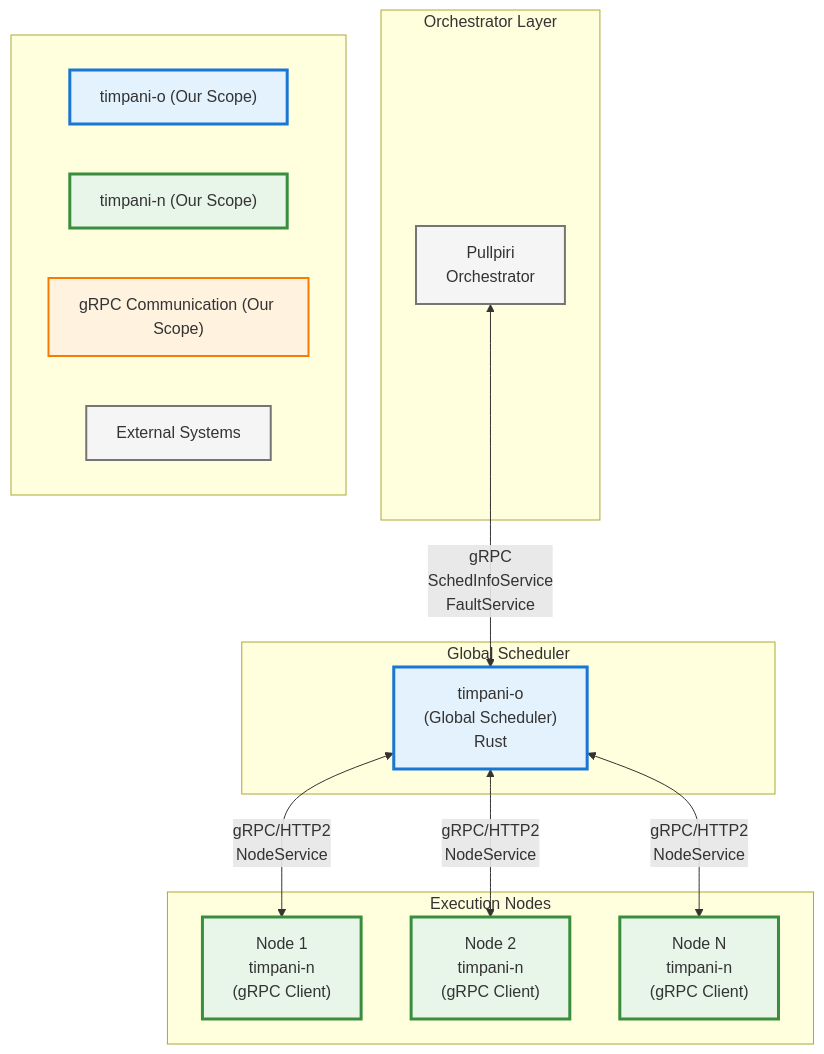
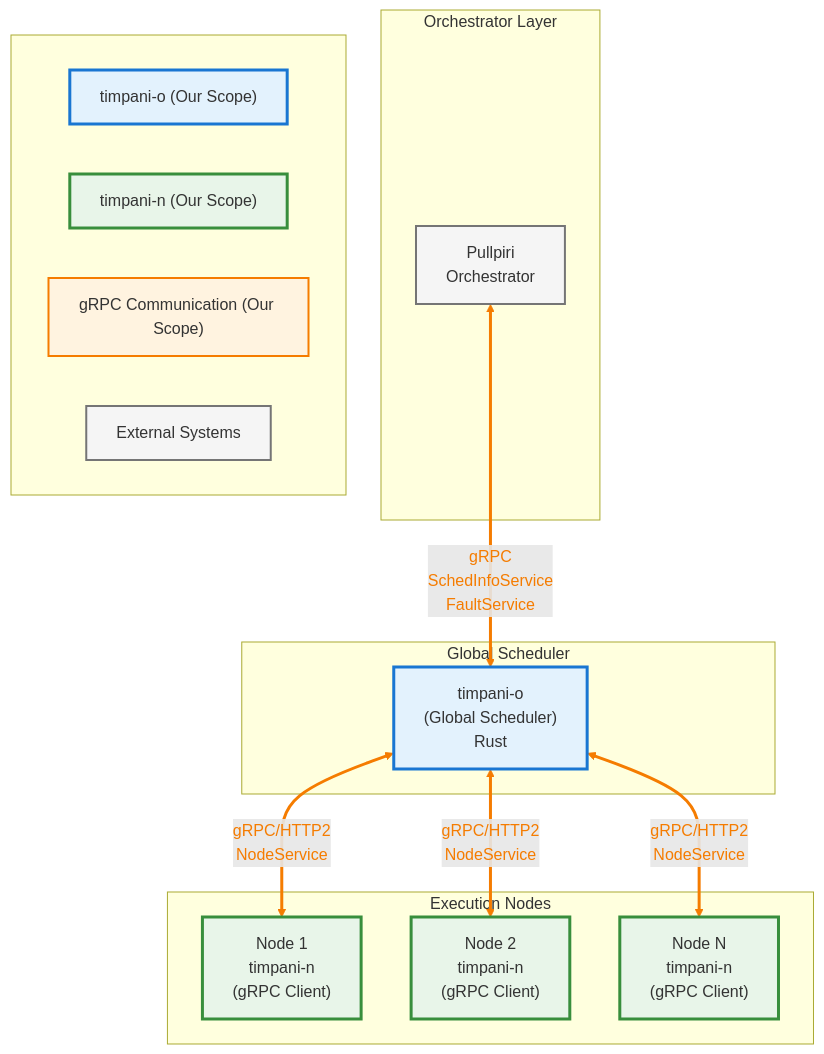
The second of 9 diagrams in doc/architecture/HLD/timpani_rust_grpc_architecture.md (akshaylg0314/timpani-akshay), drawn with Mermaid before and after one commit. The commit also changed other lines of this file, not shown here.

Commit message:
docs: enhance architecture diagrams with improved link styles for clarity

````diff
--- a/doc/architecture/HLD/timpani_rust_grpc_architecture.md
+++ b/doc/architecture/HLD/timpani_rust_grpc_architecture.md
@@ -131,38 +131,40 @@
 ```mermaid
 graph TB
     subgraph Orchestrator["Orchestrator Layer"]
         Pullpiri["Pullpiri<br/>Orchestrator"]
     end
 
     subgraph GlobalScheduler["Global Scheduler"]
         TimpaniO["timpani-o<br/>(Global Scheduler)<br/>Rust"]
     end
 
     subgraph Nodes["Execution Nodes"]
         Node1["Node 1<br/>timpani-n<br/>(gRPC Client)"]
         Node2["Node 2<br/>timpani-n<br/>(gRPC Client)"]
         NodeN["Node N<br/>timpani-n<br/>(gRPC Client)"]
     end
 
     subgraph Legend[" "]
         L1["timpani-o (Our Scope)"]
         L2["timpani-n (Our Scope)"]
         L3["gRPC Communication (Our Scope)"]
         L4["External Systems"]
     end
 
     Pullpiri <-->|"gRPC<br/>SchedInfoService<br/>FaultService"| TimpaniO
     TimpaniO <-->|"gRPC/HTTP2<br/>NodeService"| Node1
     TimpaniO <-->|"gRPC/HTTP2<br/>NodeService"| Node2
     TimpaniO <-->|"gRPC/HTTP2<br/>NodeService"| NodeN
 
     style Pullpiri fill:#f5f5f5,stroke:#757575,stroke-width:2px
     style TimpaniO fill:#e3f2fd,stroke:#1976d2,stroke-width:3px
     style Node1 fill:#e8f5e9,stroke:#388e3c,stroke-width:3px
     style Node2 fill:#e8f5e9,stroke:#388e3c,stroke-width:3px
     style NodeN fill:#e8f5e9,stroke:#388e3c,stroke-width:3px
     style L1 fill:#e3f2fd,stroke:#1976d2,stroke-width:3px
     style L2 fill:#e8f5e9,stroke:#388e3c,stroke-width:3px
     style L3 fill:#fff3e0,stroke:#f57c00,stroke-width:2px
     style L4 fill:#f5f5f5,stroke:#757575,stroke-width:2px
+
+    linkStyle 0,1,2,3 stroke:#f57c00,stroke-width:3px,color:#f57c00
 ```
````
